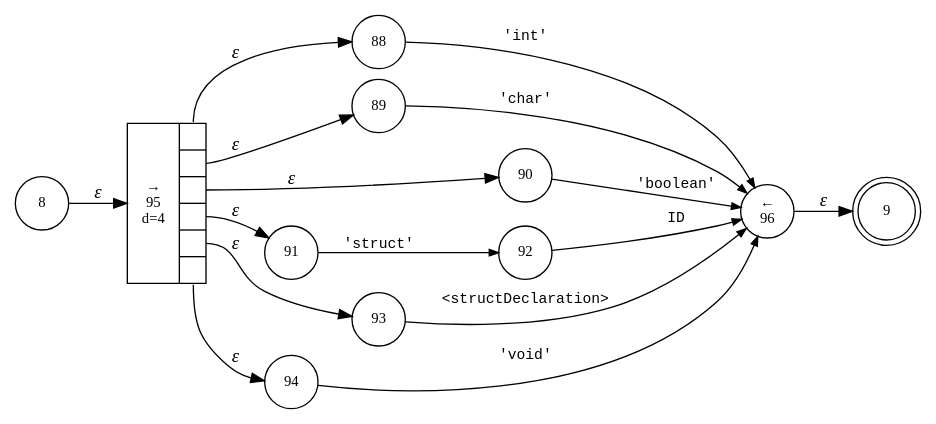
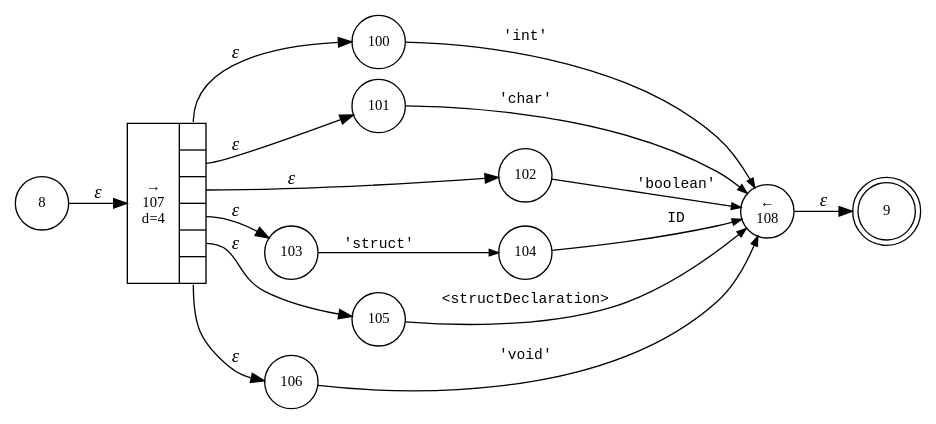
Before and after one commit to gar13177/Scanner: the diagram in build/classes/grammar/ANTLR/decaf.varType.dot, drawn with Graphviz. The commit also changed 226 other files, not shown here.

```diff
--- a/build/classes/grammar/ANTLR/decaf.varType.dot
+++ b/build/classes/grammar/ANTLR/decaf.varType.dot
@@ -1,29 +1,29 @@
 digraph ATN {
 rankdir=LR;
 s9[fontsize=11, label="9", shape=doublecircle, fixedsize=true, width=.6];
-s96[fontsize=11,label="&larr;\n96", shape=circle, fixedsize=true, width=.55, peripheries=1];
+s100[fontsize=11,label="100", shape=circle, fixedsize=true, width=.55, peripheries=1];
+s101[fontsize=11,label="101", shape=circle, fixedsize=true, width=.55, peripheries=1];
+s102[fontsize=11,label="102", shape=circle, fixedsize=true, width=.55, peripheries=1];
+s103[fontsize=11,label="103", shape=circle, fixedsize=true, width=.55, peripheries=1];
 s8[fontsize=11,label="8", shape=circle, fixedsize=true, width=.55, peripheries=1];
-s88[fontsize=11,label="88", shape=circle, fixedsize=true, width=.55, peripheries=1];
-s89[fontsize=11,label="89", shape=circle, fixedsize=true, width=.55, peripheries=1];
-s90[fontsize=11,label="90", shape=circle, fixedsize=true, width=.55, peripheries=1];
-s91[fontsize=11,label="91", shape=circle, fixedsize=true, width=.55, peripheries=1];
-s92[fontsize=11,label="92", shape=circle, fixedsize=true, width=.55, peripheries=1];
-s93[fontsize=11,label="93", shape=circle, fixedsize=true, width=.55, peripheries=1];
-s94[fontsize=11,label="94", shape=circle, fixedsize=true, width=.55, peripheries=1];
-s95[fontsize=11,label="{&rarr;\n95\nd=4|{<p0>|<p1>|<p2>|<p3>|<p4>|<p5>}}", shape=record, fixedsize=false, peripheries=1];
-s8 -> s95 [fontname="Times-Italic", label="&epsilon;"];
-s95:p0 -> s88 [fontname="Times-Italic", label="&epsilon;"];
-s95:p1 -> s89 [fontname="Times-Italic", label="&epsilon;"];
-s95:p2 -> s90 [fontname="Times-Italic", label="&epsilon;"];
-s95:p3 -> s91 [fontname="Times-Italic", label="&epsilon;"];
-s95:p4 -> s93 [fontname="Times-Italic", label="&epsilon;"];
-s95:p5 -> s94 [fontname="Times-Italic", label="&epsilon;"];
-s88 -> s96 [fontsize=11, fontname="Courier", arrowsize=.7, label = "'int'", arrowhead = normal];
-s89 -> s96 [fontsize=11, fontname="Courier", arrowsize=.7, label = "'char'", arrowhead = normal];
-s90 -> s96 [fontsize=11, fontname="Courier", arrowsize=.7, label = "'boolean'", arrowhead = normal];
-s91 -> s92 [fontsize=11, fontname="Courier", arrowsize=.7, label = "'struct'", arrowhead = normal];
-s93 -> s96 [fontsize=11, fontname="Courier", arrowsize=.7, label = "<structDeclaration>", arrowhead = normal];
-s94 -> s96 [fontsize=11, fontname="Courier", arrowsize=.7, label = "'void'", arrowhead = normal];
-s96 -> s9 [fontname="Times-Italic", label="&epsilon;"];
-s92 -> s96 [fontsize=11, fontname="Courier", arrowsize=.7, label = "ID", arrowhead = normal];
+s104[fontsize=11,label="104", shape=circle, fixedsize=true, width=.55, peripheries=1];
+s105[fontsize=11,label="105", shape=circle, fixedsize=true, width=.55, peripheries=1];
+s106[fontsize=11,label="106", shape=circle, fixedsize=true, width=.55, peripheries=1];
+s107[fontsize=11,label="{&rarr;\n107\nd=4|{<p0>|<p1>|<p2>|<p3>|<p4>|<p5>}}", shape=record, fixedsize=false, peripheries=1];
+s108[fontsize=11,label="&larr;\n108", shape=circle, fixedsize=true, width=.55, peripheries=1];
+s8 -> s107 [fontname="Times-Italic", label="&epsilon;"];
+s107:p0 -> s100 [fontname="Times-Italic", label="&epsilon;"];
+s107:p1 -> s101 [fontname="Times-Italic", label="&epsilon;"];
+s107:p2 -> s102 [fontname="Times-Italic", label="&epsilon;"];
+s107:p3 -> s103 [fontname="Times-Italic", label="&epsilon;"];
+s107:p4 -> s105 [fontname="Times-Italic", label="&epsilon;"];
+s107:p5 -> s106 [fontname="Times-Italic", label="&epsilon;"];
+s100 -> s108 [fontsize=11, fontname="Courier", arrowsize=.7, label = "'int'", arrowhead = normal];
+s101 -> s108 [fontsize=11, fontname="Courier", arrowsize=.7, label = "'char'", arrowhead = normal];
+s102 -> s108 [fontsize=11, fontname="Courier", arrowsize=.7, label = "'boolean'", arrowhead = normal];
+s103 -> s104 [fontsize=11, fontname="Courier", arrowsize=.7, label = "'struct'", arrowhead = normal];
+s105 -> s108 [fontsize=11, fontname="Courier", arrowsize=.7, label = "<structDeclaration>", arrowhead = normal];
+s106 -> s108 [fontsize=11, fontname="Courier", arrowsize=.7, label = "'void'", arrowhead = normal];
+s108 -> s9 [fontname="Times-Italic", label="&epsilon;"];
+s104 -> s108 [fontsize=11, fontname="Courier", arrowsize=.7, label = "ID", arrowhead = normal];
 }
```
